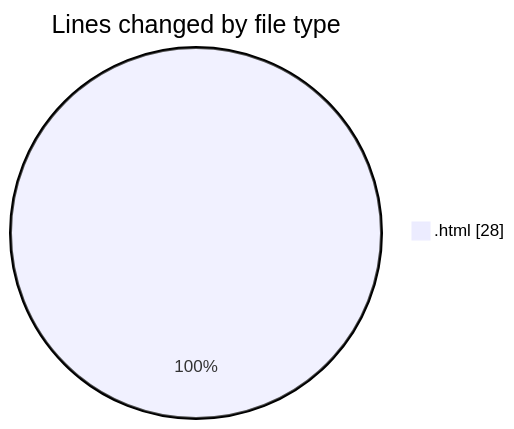
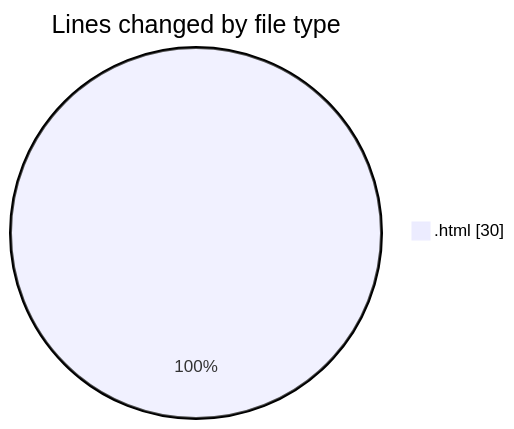
Before and after one commit to nxtqubesakshisongat/code-tracking: the first of 2 diagrams in 2025-10-24/javacript/README.md, drawn with Mermaid. The commit also changed other lines of this file and 1 other file, not shown here.

````diff
--- a/2025-10-24/javacript/README.md
+++ b/2025-10-24/javacript/README.md
@@ -20,5 +20,5 @@
 ```mermaid
 pie showData
 title Lines changed by file type
-".html" : 28
+".html" : 30
 ```
````
